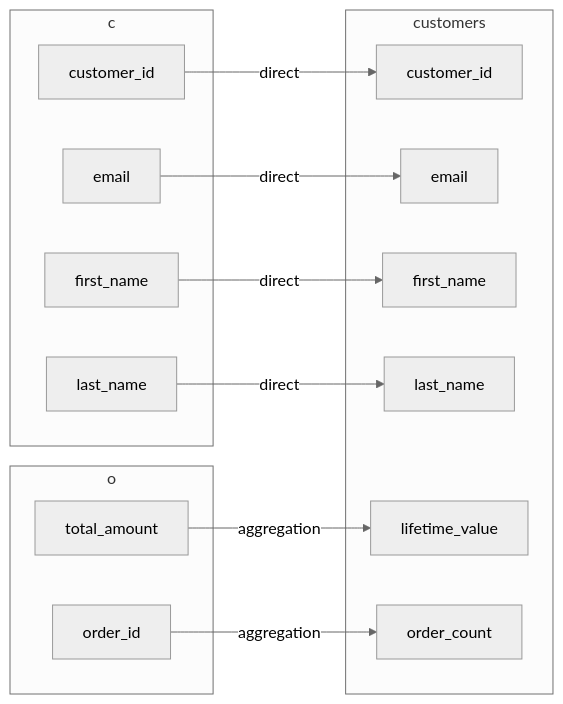
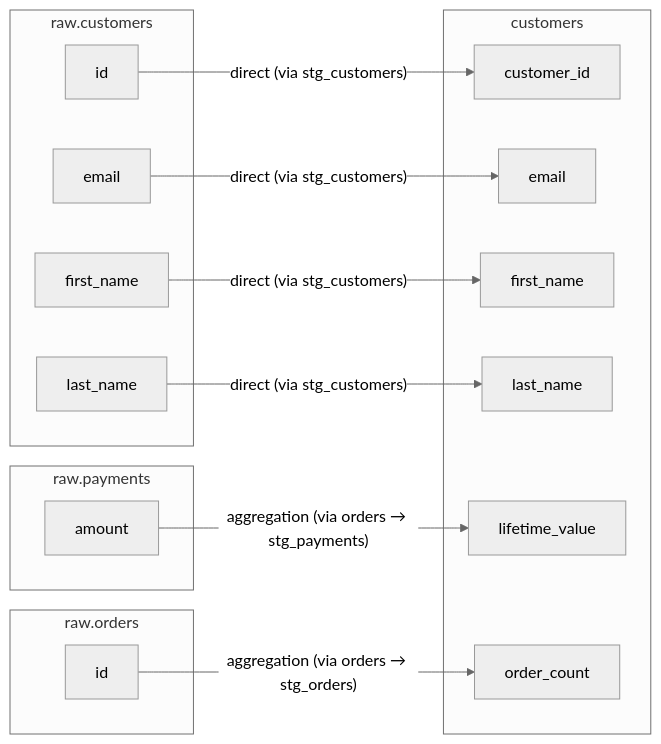
One commit to eitsupi/dlin changed the fourth of 5 diagrams in README.md. Above: the diagram before and after it, drawn with Mermaid (neutral theme). The commit also changed other lines of this file and 3 other files, not shown here.

````diff
--- a/README.md
+++ b/README.md
@@ -269,28 +269,30 @@
 ```mermaid
 flowchart LR
-  subgraph sg0["c"]
+  subgraph sg0["customers"]
     n0_0["customer_id"]
     n0_1["email"]
     n0_2["first_name"]
     n0_3["last_name"]
+    n0_4["lifetime_value"]
+    n0_5["order_count"]
   end
-  subgraph sg1["customers"]
-    n1_0["customer_id"]
-    n1_1["email"]
-    n1_2["first_name"]
+  subgraph sg1["raw.customers"]
+    n1_0["email"]
+    n1_1["first_name"]
+    n1_2["id"]
     n1_3["last_name"]
-    n1_4["lifetime_value"]
-    n1_5["order_count"]
   end
-  subgraph sg2["o"]
-    n2_0["order_id"]
-    n2_1["total_amount"]
+  subgraph sg2["raw.orders"]
+    n2_0["id"]
+  end
+  subgraph sg3["raw.payments"]
+    n3_0["amount"]
   end
 
-  n0_0 -->|"direct"|n1_0
-  n0_1 -->|"direct"|n1_1
-  n0_2 -->|"direct"|n1_2
-  n0_3 -->|"direct"|n1_3
-  n2_1 -->|"aggregation"|n1_4
-  n2_0 -->|"aggregation"|n1_5
+  n1_2 -->|"direct (via stg_customers)"|n0_0
+  n1_0 -->|"direct (via stg_customers)"|n0_1
+  n1_1 -->|"direct (via stg_customers)"|n0_2
+  n1_3 -->|"direct (via stg_customers)"|n0_3
+  n3_0 -->|"aggregation (via orders → stg_payments)"|n0_4
+  n2_0 -->|"aggregation (via orders → stg_orders)"|n0_5
 ```
````
